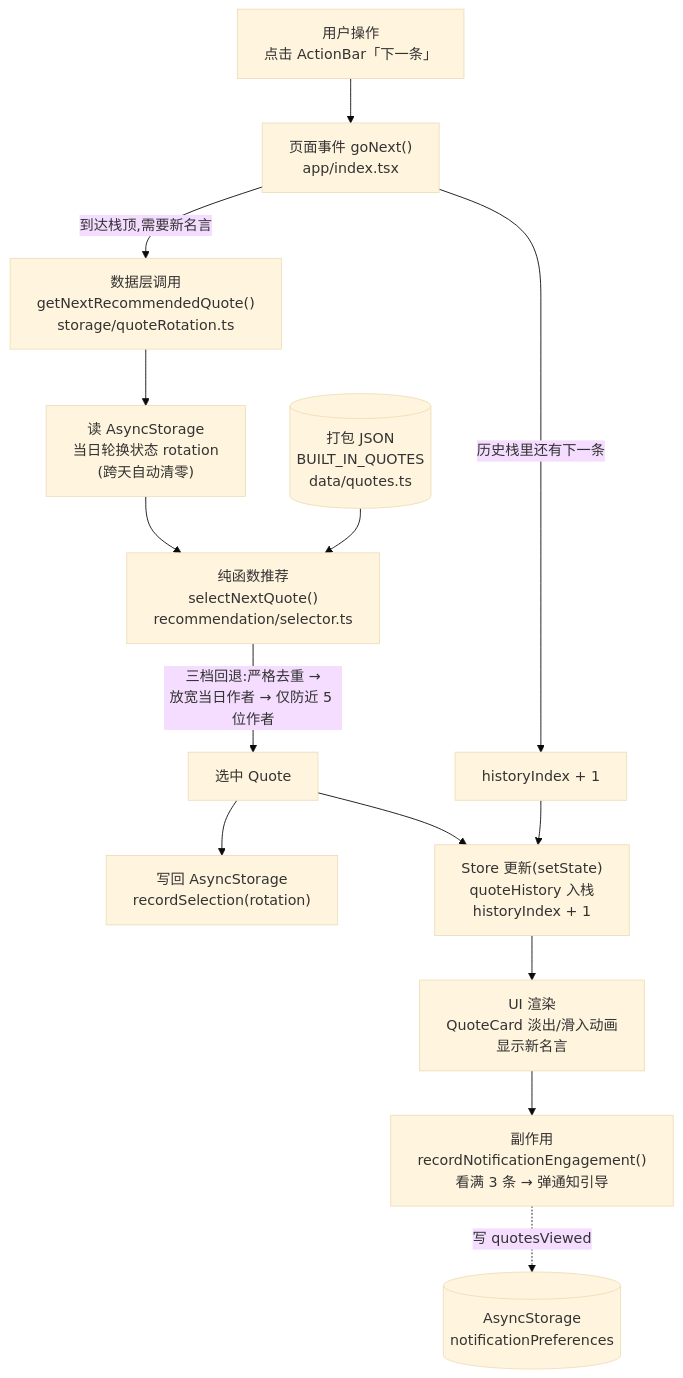
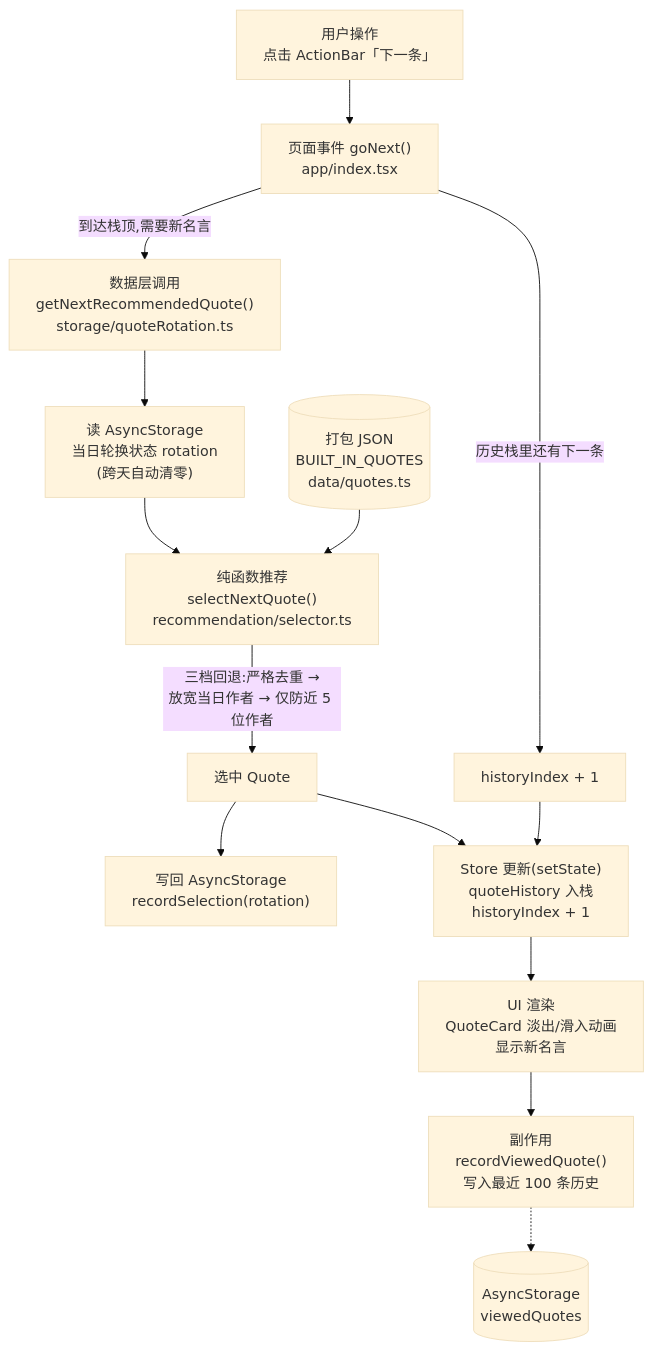
Before and after one commit to toothemooon/echo: the first of 3 diagrams in Architecture.md, drawn with Mermaid (base theme). The commit also changed other lines of this file and 32 other files, not shown here.

````diff
--- a/Architecture.md
+++ b/Architecture.md
@@ -109,18 +108,18 @@
 ```mermaid
 flowchart TD
     A["用户操作<br/>点击 ActionBar「下一条」"] --> B["页面事件 goNext()<br/>app/index.tsx"]
     B -->|"历史栈里还有下一条"| C1["historyIndex + 1"]
     B -->|"到达栈顶,需要新名言"| D["数据层调用<br/>getNextRecommendedQuote()<br/>storage/quoteRotation.ts"]
 
     D --> E["读 AsyncStorage<br/>当日轮换状态 rotation<br/>(跨天自动清零)"]
     E --> F["纯函数推荐<br/>selectNextQuote()<br/>recommendation/selector.ts"]
     G[("打包 JSON<br/>BUILT_IN_QUOTES<br/>data/quotes.ts")] --> F
     F -->|"三档回退:严格去重 →<br/>放宽当日作者 → 仅防近 5 位作者"| H["选中 Quote"]
     H --> I["写回 AsyncStorage<br/>recordSelection(rotation)"]
 
     H --> J["Store 更新(setState)<br/>quoteHistory 入栈<br/>historyIndex + 1"]
     C1 --> J
     J --> K["UI 渲染<br/>QuoteCard 淡出/滑入动画<br/>显示新名言"]
-    K --> L["副作用<br/>recordNotificationEngagement()<br/>看满 3 条 → 弹通知引导"]
-    L -.->|"写 quotesViewed"| M[("AsyncStorage<br/>notificationPreferences")]
+    K --> L["副作用<br/>recordViewedQuote()<br/>写入最近 100 条历史"]
+    L -.-> M[("AsyncStorage<br/>viewedQuotes")]
 ```
````
